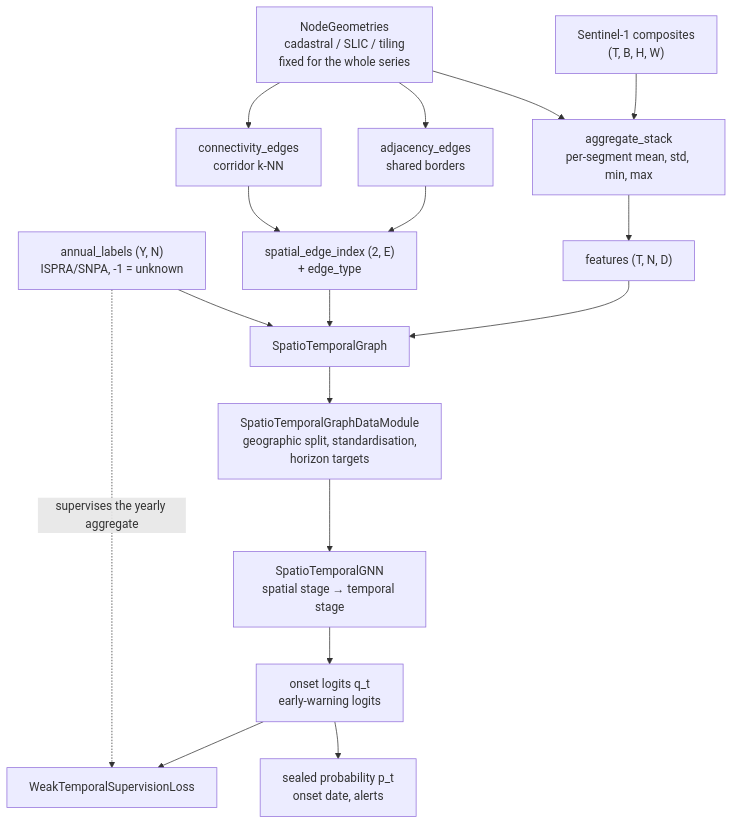
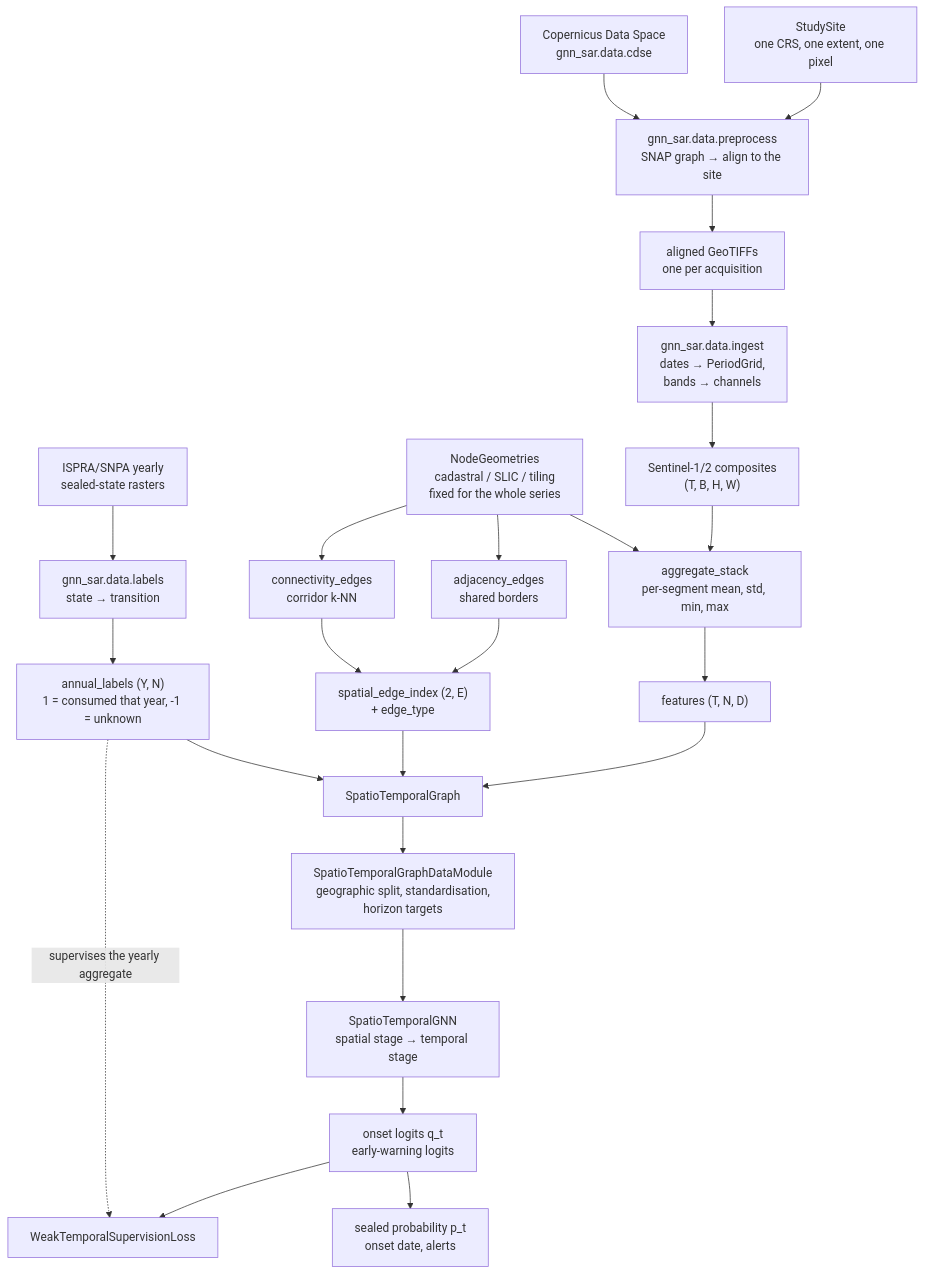
One commit to matteo-campana/gnn-sar changed the diagram in ARCHITECTURE.md. Above: the diagram before and after it, drawn with Mermaid. The commit also changed other lines of this file and 33 other files, not shown here.

First line of the commit message:
Add the Sentinel ingestion path and a guide to using real data (#2)

````diff
--- a/ARCHITECTURE.md
+++ b/ARCHITECTURE.md
@@ -10,22 +10,29 @@
 ```mermaid
 flowchart TD
-    RASTER["Sentinel-1 composites<br/>(T, B, H, W)"] --> AGG
+    SITE["StudySite<br/>one CRS, one extent, one pixel"] --> PREP
+    CDSE["Copernicus Data Space<br/>gnn_sar.data.cdse"] --> PREP
+    PREP["gnn_sar.data.preprocess<br/>SNAP graph → align to the site"] --> TIFF
+    TIFF["aligned GeoTIFFs<br/>one per acquisition"] --> INGEST
+    INGEST["gnn_sar.data.ingest<br/>dates → PeriodGrid,<br/>bands → channels"] --> RASTER
+    RASTER["Sentinel-1/2 composites<br/>(T, B, H, W)"] --> AGG
     GEOM["NodeGeometries<br/>cadastral / SLIC / tiling<br/>fixed for the whole series"] --> AGG
     AGG["aggregate_stack<br/>per-segment mean, std, min, max"] --> FEAT["features (T, N, D)"]
 
     GEOM --> ADJ["adjacency_edges<br/>shared borders"]
     GEOM --> CONN["connectivity_edges<br/>corridor k-NN"]
     ADJ --> EDGES["spatial_edge_index (2, E)<br/>+ edge_type"]
     CONN --> EDGES
 
     FEAT --> GRAPH["SpatioTemporalGraph"]
     EDGES --> GRAPH
-    LABELS["annual_labels (Y, N)<br/>ISPRA/SNPA, -1 = unknown"] --> GRAPH
+    ISPRA["ISPRA/SNPA yearly<br/>sealed-state rasters"] --> LAB
+    LAB["gnn_sar.data.labels<br/>state → transition"] --> LABELS
+    LABELS["annual_labels (Y, N)<br/>1 = consumed that year, -1 = unknown"] --> GRAPH
 
     GRAPH --> DM["SpatioTemporalGraphDataModule<br/>geographic split, standardisation,<br/>horizon targets"]
     DM --> MODEL["SpatioTemporalGNN<br/>spatial stage → temporal stage"]
     MODEL --> HEADS["onset logits q_t<br/>early-warning logits"]
     HEADS --> LOSS["WeakTemporalSupervisionLoss"]
     HEADS --> MAPS["sealed probability p_t<br/>onset date, alerts"]
     LABELS -. supervises the yearly aggregate .-> LOSS
 ```
````
